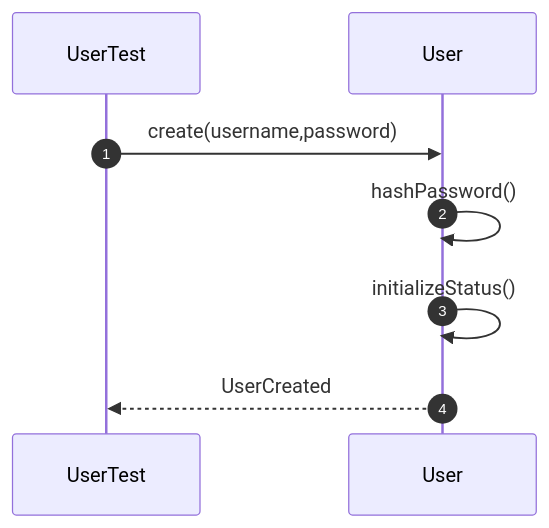
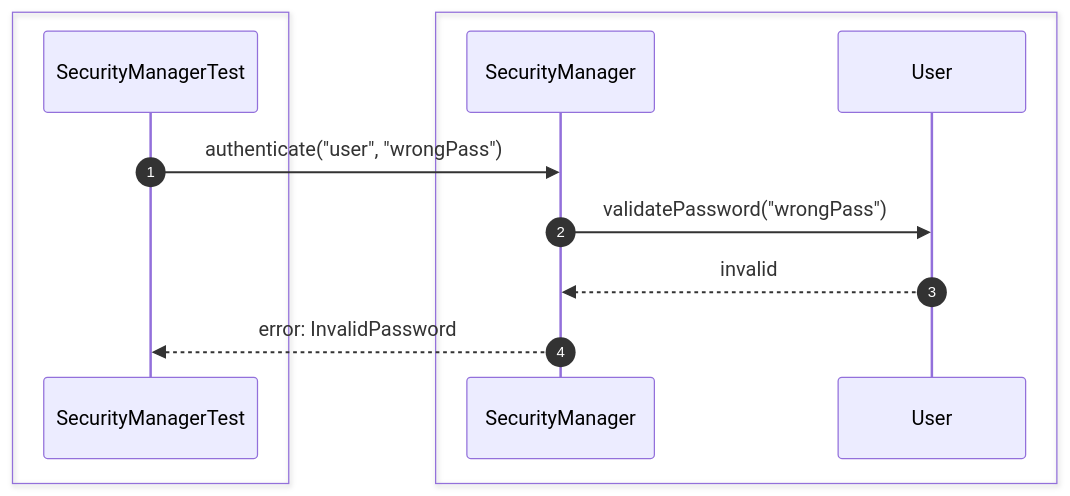
The fifth of 35 diagrams in src/sequence/security.md (Huy1801214/dbms-architecture), drawn with Mermaid before and after one commit. The commit also changed other lines of this file and 10 other files, not shown here.

Commit message:
add comprehensive sequence diagrams and documentation for system architecture and unit testing specifications

````diff
--- a/src/sequence/security.md
+++ b/src/sequence/security.md
@@ -90,14 +85,17 @@
 ```mermaid
 sequenceDiagram
     autonumber
-    participant Test as UserTest
-    participant User
 
-    Test->>User: create(username,password)
+    box #e1f5fe Test Suite
+    participant Test as SecurityManagerTest
+    end
+    box #e3f2fd Security Components
+    participant Security as SecurityManager
+    participant User as User
+    end
 
-    User->>User: hashPassword()
-
-    User->>User: initializeStatus()
-
-    User-->>Test: UserCreated
+    Test->>Security: authenticate("user", "wrongPass")
+    Security->>User: validatePassword("wrongPass")
+    User-->>Security: invalid
+    Security-->>Test: error: InvalidPassword
 ```
````
